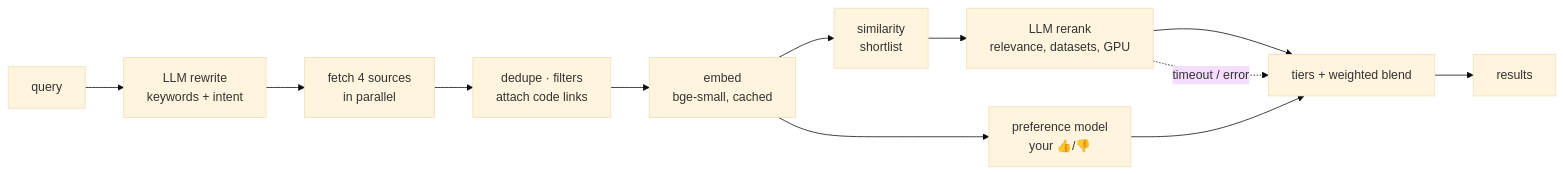
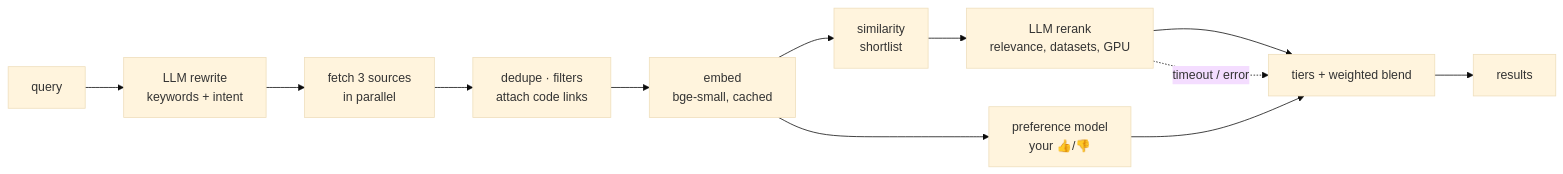
One commit to tryzhaa/Research-Copilot changed the diagram in README.md. Above: the diagram before and after it, drawn with Mermaid (base theme). The commit also changed other lines of this file, not shown here.

````diff
--- a/README.md
+++ b/README.md
@@ -20,14 +20,14 @@
 ```mermaid
 flowchart LR
     Q[query] --> W[LLM rewrite<br/>keywords + intent]
-    W --> F[fetch 4 sources<br/>in parallel]
+    W --> F[fetch 3 sources<br/>in parallel]
     F --> D[dedupe · filters<br/>attach code links]
     D --> E[embed<br/>bge-small, cached]
     E --> S[similarity<br/>shortlist]
     S --> L[LLM rerank<br/>relevance, datasets, GPU]
     E --> P[preference model<br/>your 👍/👎]
     L --> B[tiers + weighted blend]
     P --> B
     B --> R[results]
     L -. timeout / error .-> B
 ```
````
